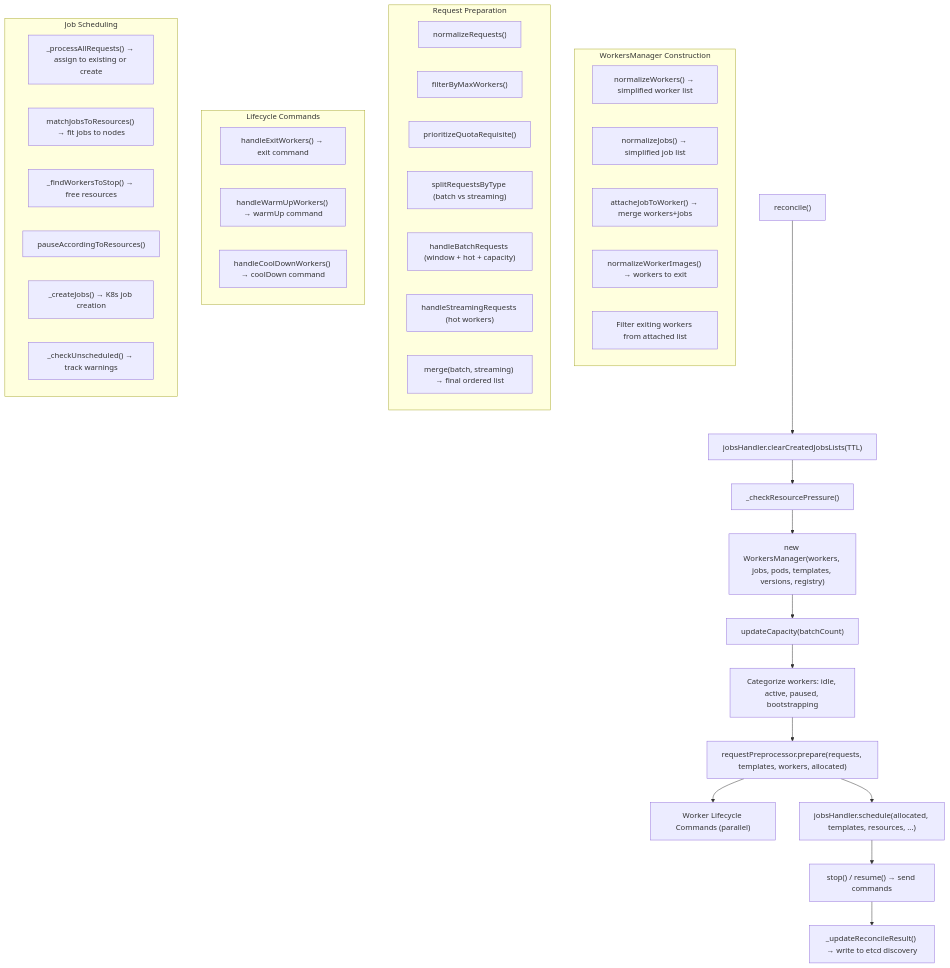
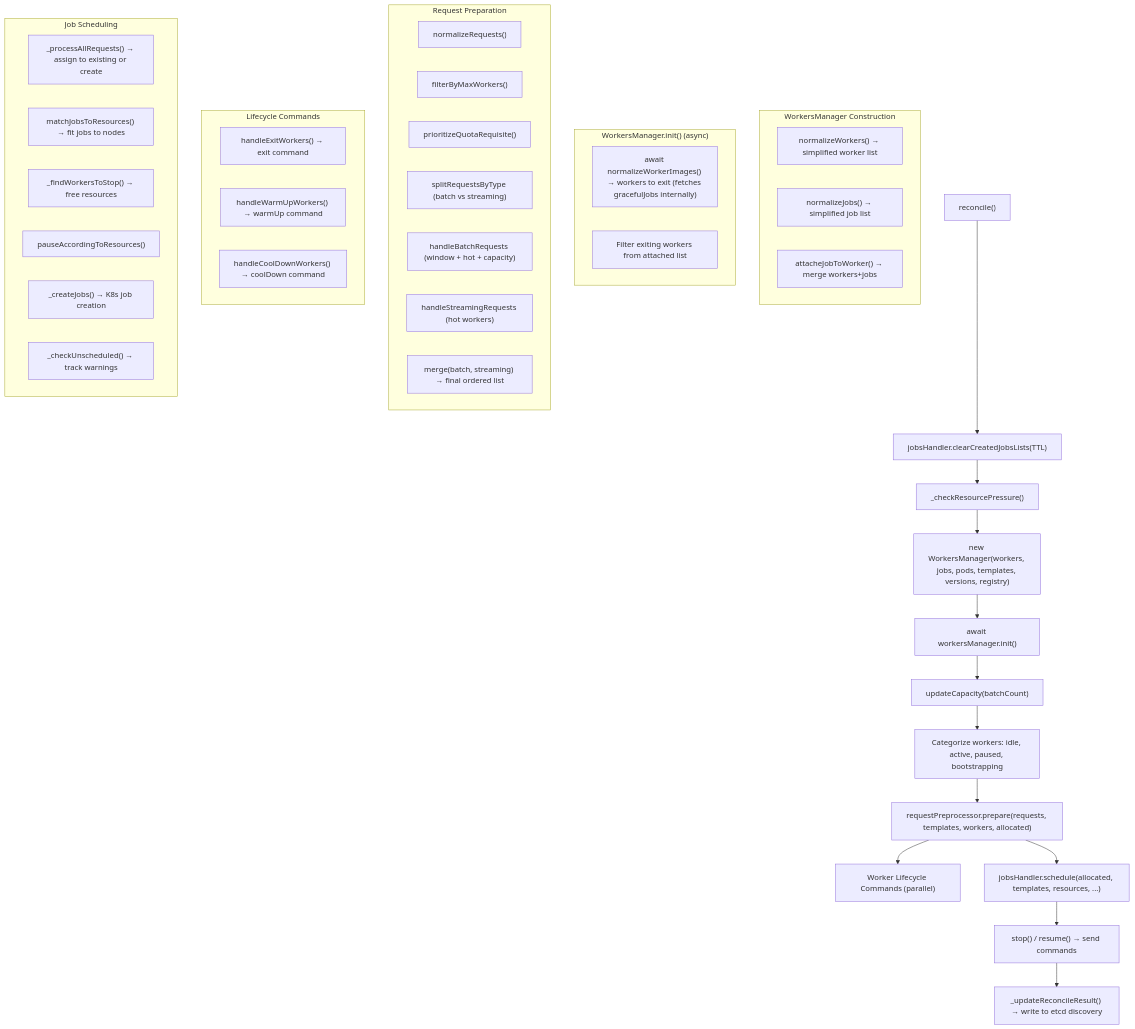
The second of 2 diagrams in .specs/task-executor.md (kube-HPC/hkube), drawn with Mermaid before and after one commit. The commit also changed other lines of this file and 4 other files, not shown here.

Commit message:
Refactor task executor to integrate async graceful job handling and update WorkersManager initialization

````diff
--- a/.specs/task-executor.md
+++ b/.specs/task-executor.md
@@ -94,50 +94,54 @@
 ```mermaid
 flowchart TD
     START["reconcile()"] --> CLEAR["jobsHandler.clearCreatedJobsLists(TTL)"]
     CLEAR --> PRESSURE["_checkResourcePressure()"]
     PRESSURE --> WM["new WorkersManager(workers, jobs, pods, templates, versions, registry)"]
+    WM --> INIT["await workersManager.init()"]
 
     subgraph WorkersManager Construction
         NW["normalizeWorkers() → simplified worker list"]
         NJ["normalizeJobs() → simplified job list"]
         AJ["attacheJobToWorker() → merge workers+jobs"]
-        NI["normalizeWorkerImages() → workers to exit"]
+    end
+
+    subgraph "WorkersManager.init() (async)"
+        NI["await normalizeWorkerImages() → workers to exit (fetches gracefulJobs internally)"]
         FE["Filter exiting workers from attached list"]
     end
 
-    WM --> CAP["updateCapacity(batchCount)"]
+    INIT --> CAP["updateCapacity(batchCount)"]
     CAP --> CATS["Categorize workers: idle, active, paused, bootstrapping"]
     CATS --> PREP["requestPreprocessor.prepare(requests, templates, workers, allocated)"]
     
     subgraph Request Preparation
         NORM_REQ["normalizeRequests()"]
         FILT["filterByMaxWorkers()"]
         QUOTA["prioritizeQuotaRequisite()"]
         SPLIT["splitRequestsByType (batch vs streaming)"]
         BATCH["handleBatchRequests (window + hot + capacity)"]
         STREAM["handleStreamingRequests (hot workers)"]
         MERGE["merge(batch, streaming) → final ordered list"]
     end
 
     PREP --> LIFECYCLE["Worker Lifecycle Commands (parallel)"]
     
     subgraph Lifecycle Commands
         EXIT["handleExitWorkers() → exit command"]
         WARM["handleWarmUpWorkers() → warmUp command"]
         COOL["handleCoolDownWorkers() → coolDown command"]
     end
 
     PREP --> SCHED["jobsHandler.schedule(allocated, templates, resources, ...)"]
     
     subgraph Job Scheduling
         PROC["_processAllRequests() → assign to existing or create"]
         MATCH["matchJobsToResources() → fit jobs to nodes"]
         STOP["_findWorkersToStop() → free resources"]
         PAUSE["pauseAccordingToResources()"]
         CREATE["_createJobs() → K8s job creation"]
         UNSCHED["_checkUnscheduled() → track warnings"]
     end
 
     SCHED --> CMDS["stop() / resume() → send commands"]
     CMDS --> UPDATE["_updateReconcileResult() → write to etcd discovery"]
 ```
````
